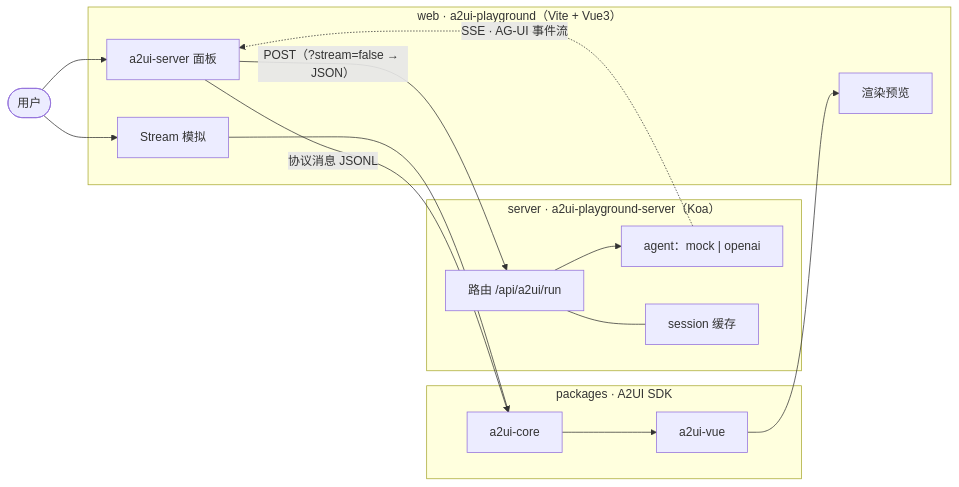
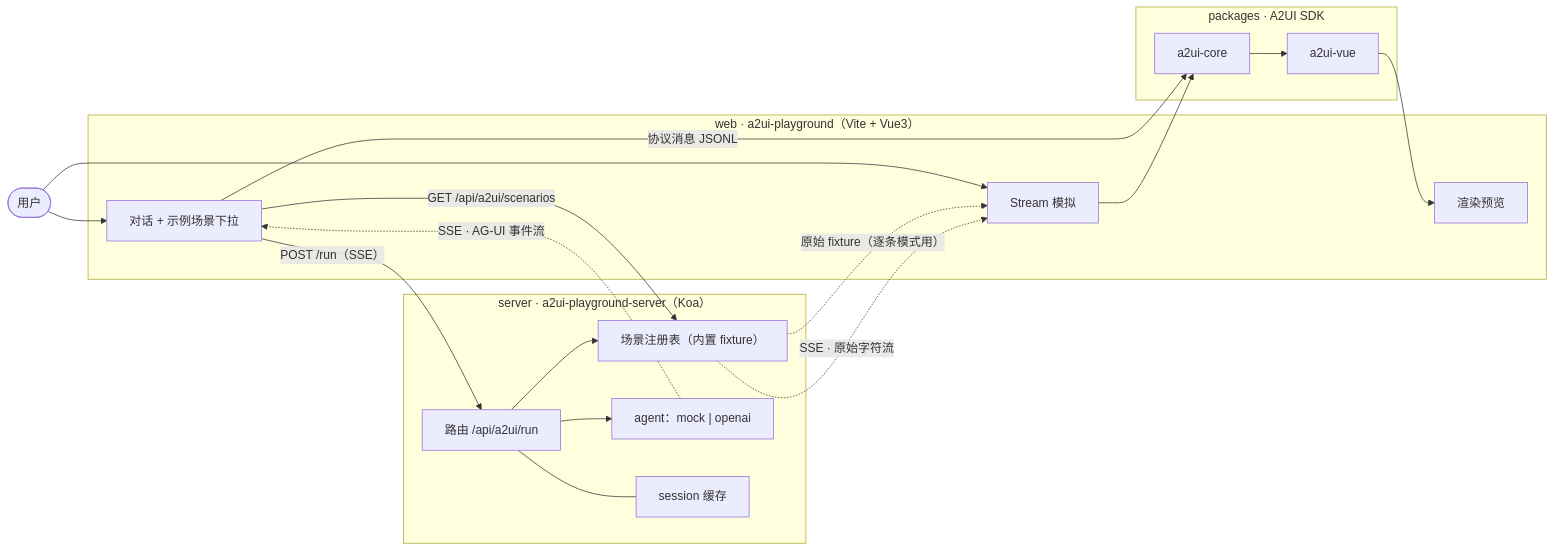
The first of 3 diagrams in README.md (1Egbert1/A2UI), drawn with Mermaid before and after one commit. The commit also changed other lines of this file and 2 other files, not shown here.

First line of the commit message:
docs: 新增 a2ui-agent-prompt 文档并更新 README 与 server 文档

````diff
--- a/README.md
+++ b/README.md
@@ -22,32 +22,37 @@
 ```mermaid
 flowchart LR
     U(["用户"])
 
     subgraph WEB["web · a2ui-playground（Vite + Vue3）"]
-        PANEL["a2ui-server 面板"]
+        PANEL["对话 + 示例场景下拉"]
         STREAM["Stream 模拟"]
         PREVIEW["渲染预览"]
     end
 
     subgraph SERVER["server · a2ui-playground-server（Koa）"]
         ROUTE["路由 /api/a2ui/run"]
+        SCEN["场景注册表（内置 fixture）"]
         AGENT["agent：mock | openai"]
         SESSION["session 缓存"]
     end
 
     subgraph SDK["packages · A2UI SDK"]
         CORE["a2ui-core"]
         VUE["a2ui-vue"]
     end
 
     U --> PANEL
     U --> STREAM
-    PANEL -->|"POST（?stream=false → JSON）"| ROUTE
+    PANEL -->|"GET /api/a2ui/scenarios"| SCEN
+    PANEL -->|"POST /run（SSE）"| ROUTE
+    ROUTE --> SCEN
     ROUTE --> AGENT
     AGENT -.->|"SSE · AG-UI 事件流"| PANEL
     ROUTE --- SESSION
     PANEL -->|"协议消息 JSONL"| CORE
+    SCEN -.->|"原始 fixture（逐条模式用）"| STREAM
+    SCEN -.->|"SSE · 原始字符流"| STREAM
     STREAM --> CORE
     CORE --> VUE
     VUE --> PREVIEW
 ```
````
